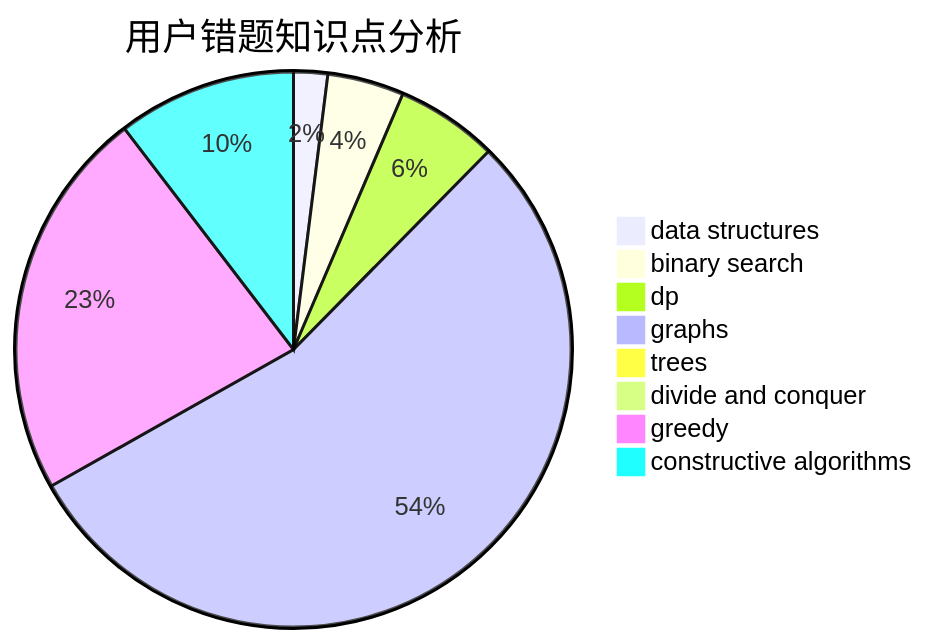
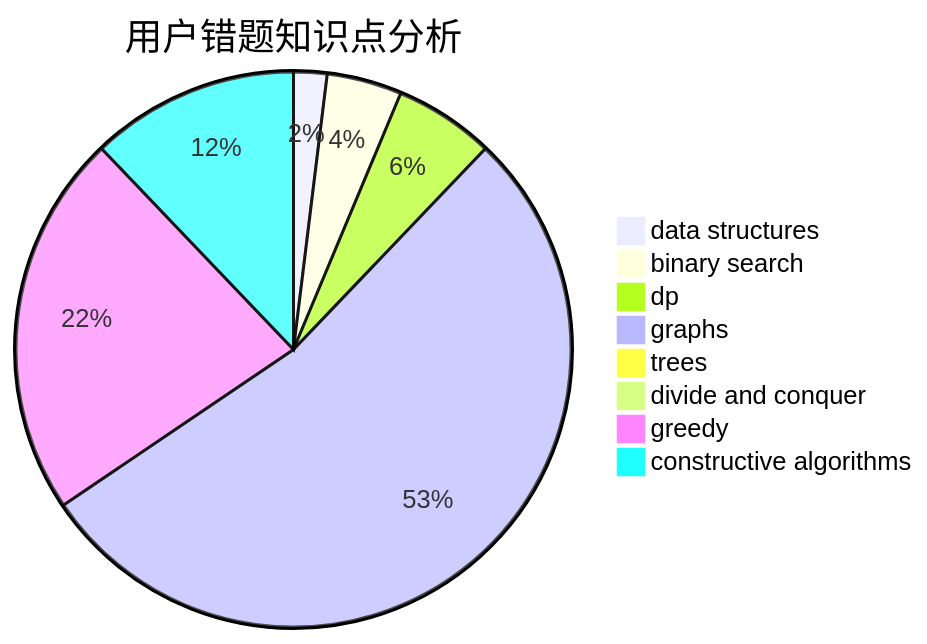
Before and after one commit to sherpahu/cfrs.github.io: the third of 3 diagrams in docs/user/u1384.md, drawn with Mermaid. The commit also changed other lines of this file and 2770 other files, not shown here.

````diff
--- a/docs/user/u1384.md
+++ b/docs/user/u1384.md
@@ -36,11 +36,11 @@
 ```mermaid
 pie title 用户错题知识点分析
     "data structures" :  4
     "binary search" :  9
     "dp" :  12
     "graphs" :  110
     "trees" :  0
     "divide and conquer" :  0
     "greedy" :  46
-    "constructive algorithms" :  21
+    "constructive algorithms" :  25
 ```
````
